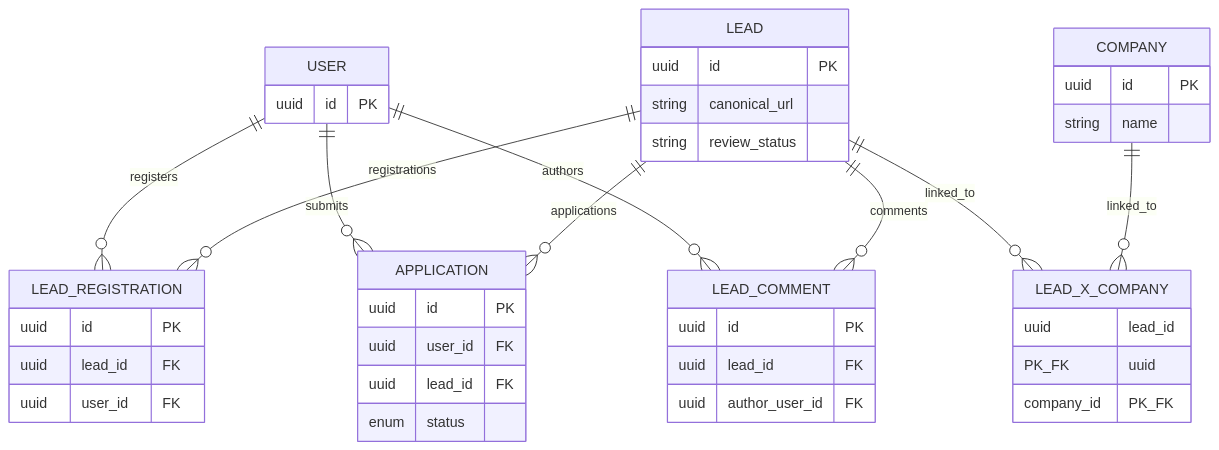
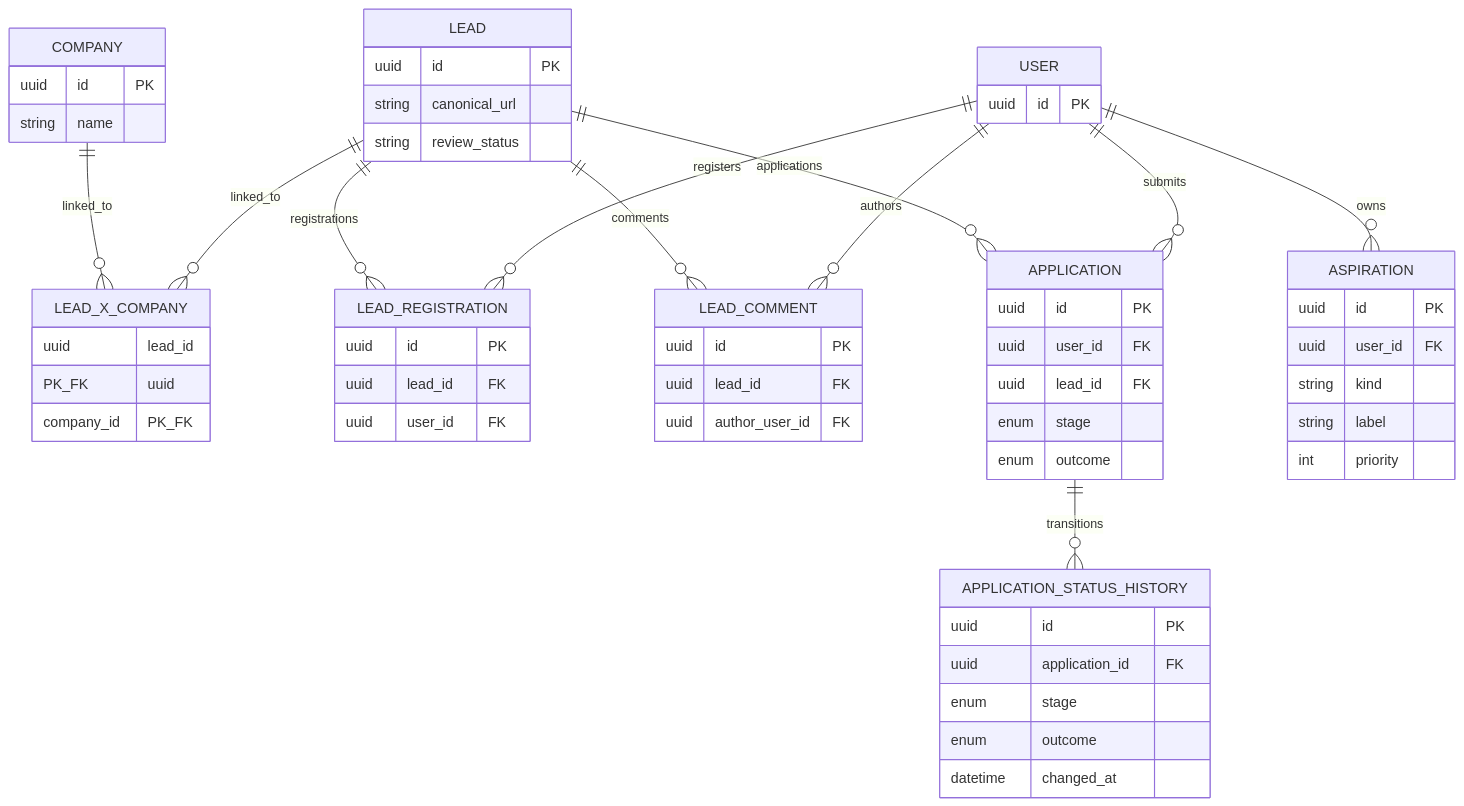
One commit to danphenderson/baldin changed the second of 6 diagrams in docs/docs/architecture/data-model.md. Above: the diagram before and after it, drawn with Mermaid. The commit also changed other lines of this file and 75 other files, not shown here.

````diff
--- a/docs/docs/architecture/data-model.md
+++ b/docs/docs/architecture/data-model.md
@@ -63,46 +63,63 @@
 ```mermaid
 erDiagram
 	accTitle: Job Search Pipeline Entities
-	accDescr: Shows COMPANY, LEAD, LEAD_X_COMPANY bridge, LEAD_REGISTRATION, LEAD_COMMENT, and APPLICATION and how USER relates to each.
+	accDescr: Shows COMPANY, LEAD, LEAD_X_COMPANY bridge, LEAD_REGISTRATION, LEAD_COMMENT, APPLICATION, APPLICATION_STATUS_HISTORY, and ASPIRATION and how USER relates to each.
 	USER {
 		uuid id PK
 	}
 	COMPANY {
 		uuid id PK
 		string name
 	}
 	LEAD {
 		uuid id PK
 		string canonical_url
 		string review_status
 	}
 	LEAD_X_COMPANY {
 		uuid lead_id PK_FK
 		uuid company_id PK_FK
 	}
 	LEAD_REGISTRATION {
 		uuid id PK
 		uuid lead_id FK
 		uuid user_id FK
 	}
 	LEAD_COMMENT {
 		uuid id PK
 		uuid lead_id FK
 		uuid author_user_id FK
 	}
 	APPLICATION {
 		uuid id PK
 		uuid user_id FK
 		uuid lead_id FK
-		enum status
+		enum stage
+		enum outcome
+	}
+	APPLICATION_STATUS_HISTORY {
+		uuid id PK
+		uuid application_id FK
+		enum stage
+		enum outcome
+		datetime changed_at
+	}
+	ASPIRATION {
+		uuid id PK
+		uuid user_id FK
+		string kind
+		string label
+		int priority
 	}
 
 	COMPANY ||--o{ LEAD_X_COMPANY : linked_to
 	LEAD ||--o{ LEAD_X_COMPANY : linked_to
 	LEAD ||--o{ LEAD_REGISTRATION : registrations
 	LEAD ||--o{ LEAD_COMMENT : comments
 	LEAD ||--o{ APPLICATION : applications
 	USER ||--o{ APPLICATION : submits
 	USER ||--o{ LEAD_REGISTRATION : registers
 	USER ||--o{ LEAD_COMMENT : authors
+	USER ||--o{ ASPIRATION : owns
+	APPLICATION ||--o{ APPLICATION_STATUS_HISTORY : transitions
 ```
````
